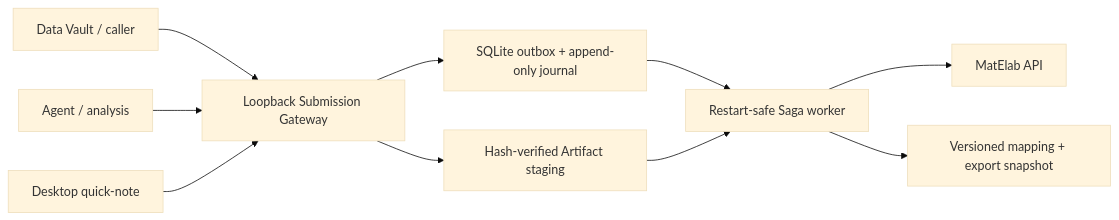
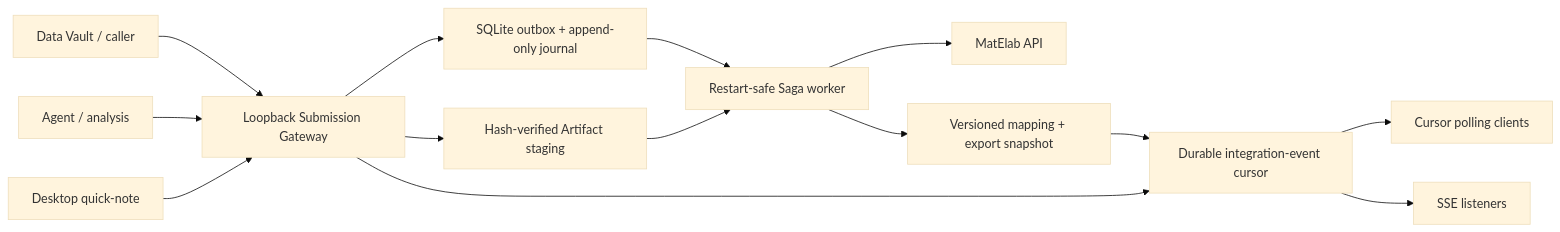
One commit to YihanYu115/matelab-connector changed the diagram in docs/architecture.md. Above: the diagram before and after it, drawn with Mermaid (base theme). The commit also changed other lines of this file and 26 other files, not shown here.

Commit message:
feat: add record updates and integration events

````diff
--- a/docs/architecture.md
+++ b/docs/architecture.md
@@ -3,12 +3,16 @@
 ```mermaid
 flowchart LR
     DV["Data Vault / caller"] --> API["Loopback Submission Gateway"]
     AG["Agent / analysis"] --> API
     NOTE["Desktop quick-note"] --> API
     API --> SQL["SQLite outbox + append-only journal"]
     API --> FILES["Hash-verified Artifact staging"]
     SQL --> WORKER["Restart-safe Saga worker"]
     FILES --> WORKER
     WORKER --> ML["MatElab API"]
     WORKER --> MAP["Versioned mapping + export snapshot"]
+    MAP --> EVENTS["Durable integration-event cursor"]
+    API --> EVENTS
+    EVENTS --> POLL["Cursor polling clients"]
+    EVENTS --> SSE["SSE listeners"]
 ```
````
